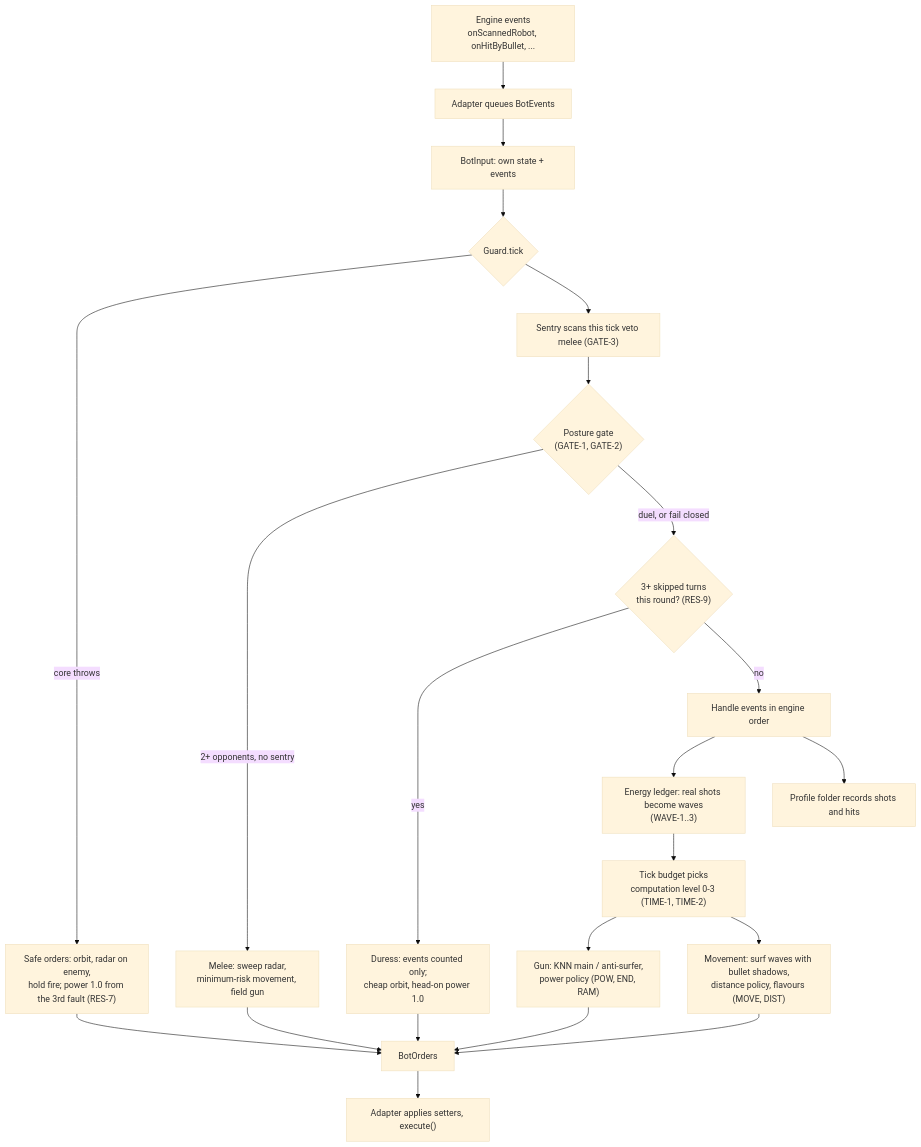
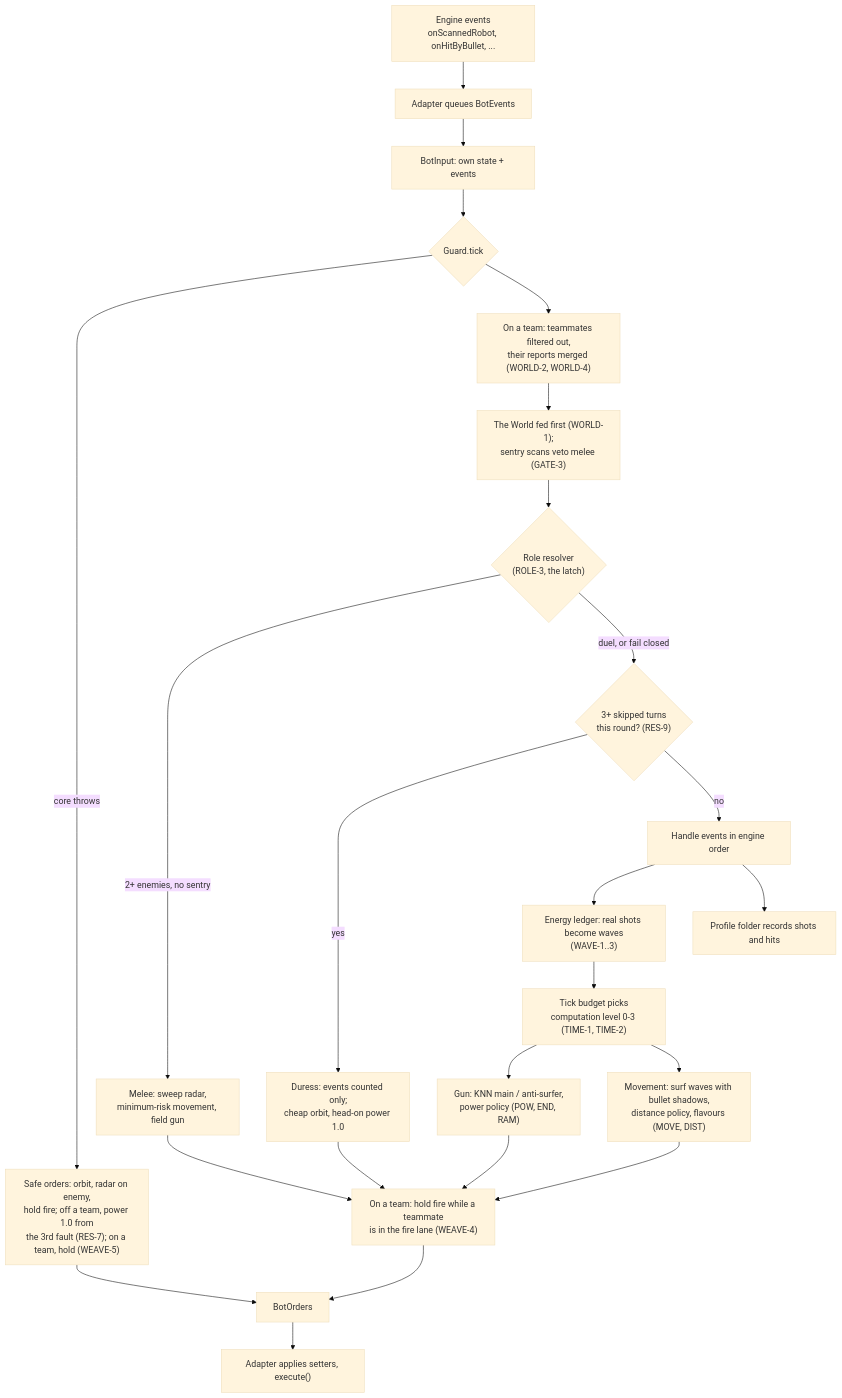
The second of 4 diagrams in README.md (lgriffin/Hadur_Robot), drawn with Mermaid (base theme) before and after one commit. The commit also changed other lines of this file and 8 other files, not shown here.

````diff
--- a/README.md
+++ b/README.md
@@ -188,20 +209,22 @@
 ```mermaid
 flowchart TD
     EV["Engine events<br/>onScannedRobot, onHitByBullet, ..."] --> Q["Adapter queues BotEvents"]
     Q --> IN["BotInput: own state + events"]
     IN --> GU{"Guard.tick"}
-    GU -- "core throws" --> SAFE["Safe orders: orbit, radar on enemy,<br/>hold fire; power 1.0 from the 3rd fault (RES-7)"]
-    GU --> SEN["Sentry scans this tick veto melee (GATE-3)"]
-    SEN --> GATE{"Posture gate<br/>(GATE-1, GATE-2)"}
-    GATE -- "2+ opponents, no sentry" --> MEL["Melee: sweep radar,<br/>minimum-risk movement, field gun"]
+    GU -- "core throws" --> SAFE["Safe orders: orbit, radar on enemy,<br/>hold fire; off a team, power 1.0 from<br/>the 3rd fault (RES-7); on a team, hold (WEAVE-5)"]
+    GU --> TEAM["On a team: teammates filtered out,<br/>their reports merged (WORLD-2, WORLD-4)"]
+    TEAM --> WLD["The World fed first (WORLD-1);<br/>sentry scans veto melee (GATE-3)"]
+    WLD --> GATE{"Role resolver<br/>(ROLE-3, the latch)"}
+    GATE -- "2+ enemies, no sentry" --> MEL["Melee: sweep radar,<br/>minimum-risk movement, field gun"]
     GATE -- "duel, or fail closed" --> DUR{"3+ skipped turns<br/>this round? (RES-9)"}
     DUR -- yes --> CHEAP["Duress: events counted only;<br/>cheap orbit, head-on power 1.0"]
     DUR -- no --> EVH["Handle events in engine order"]
     EVH --> LED["Energy ledger: real shots become waves<br/>(WAVE-1..3)"]
     EVH --> FOLD["Profile folder records shots and hits"]
     LED --> LVL["Tick budget picks<br/>computation level 0-3 (TIME-1, TIME-2)"]
     LVL --> GN["Gun: KNN main / anti-surfer,<br/>power policy (POW, END, RAM)"]
     LVL --> MO["Movement: surf waves with bullet shadows,<br/>distance policy, flavours (MOVE, DIST)"]
-    MEL & CHEAP & GN & MO & SAFE --> OUT["BotOrders"]
+    MEL & CHEAP & GN & MO --> LANE["On a team: hold fire while a teammate<br/>is in the fire lane (WEAVE-4)"]
+    LANE & SAFE --> OUT["BotOrders"]
     OUT --> EX["Adapter applies setters, execute()"]
 ```
````
